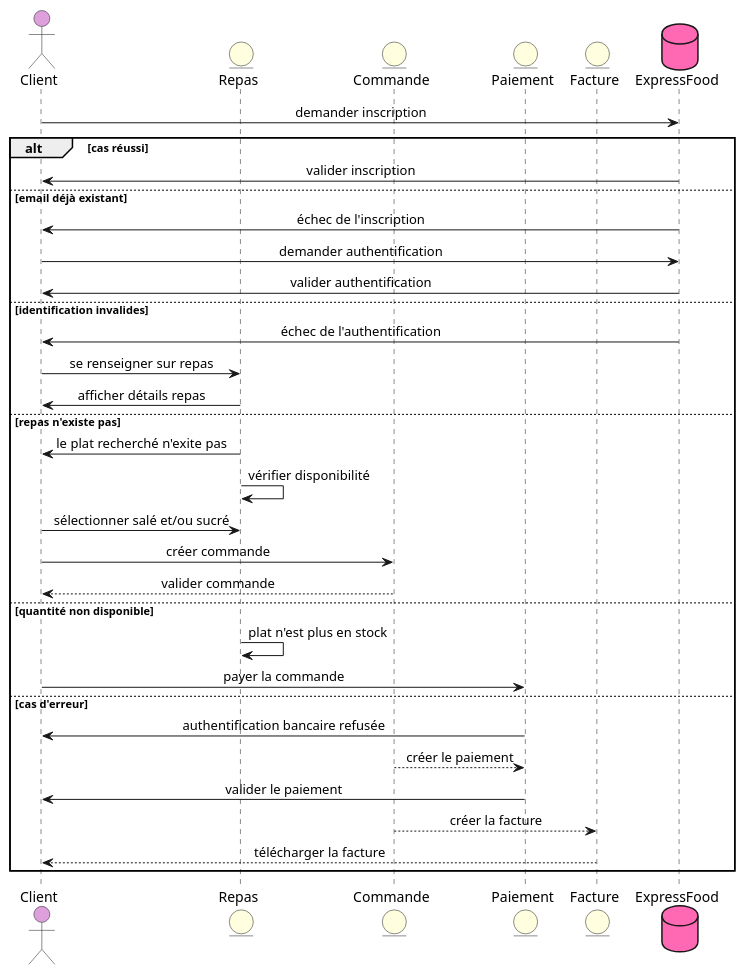
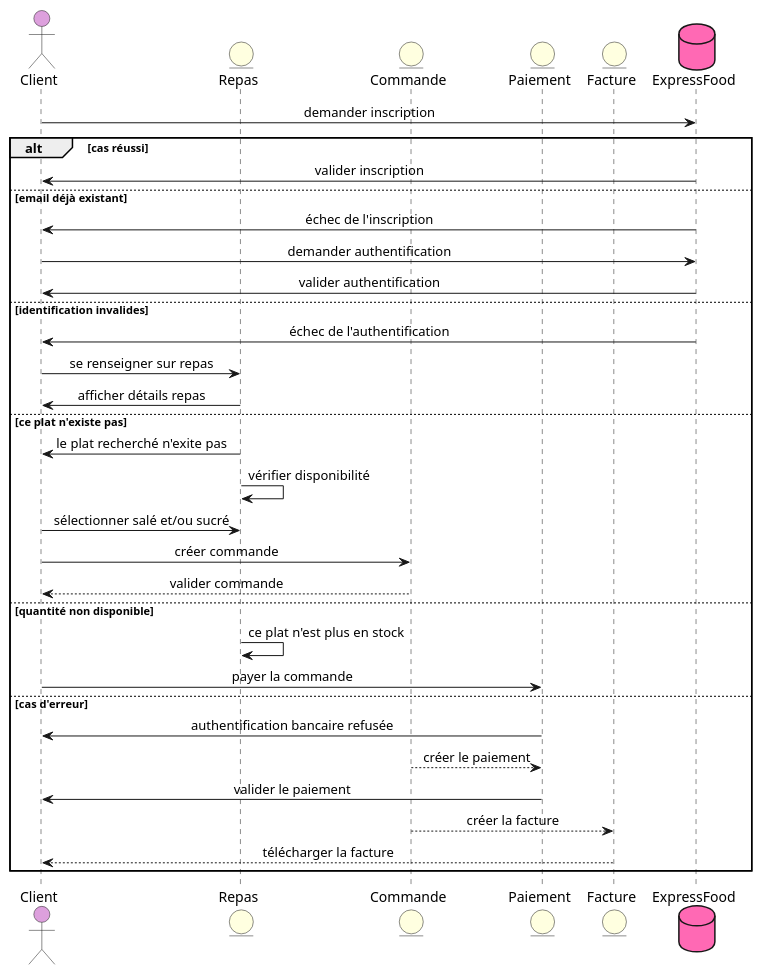
One commit to laurasullyalexandrine/expressfood changed the diagram in Sequence/ClientSequence.puml. Above: the diagram before and after it, drawn with PlantUML. The commit also changed 1 other file, not shown here.

Commit message:
add modifications on sequence client and apigeo

```diff
--- a/Sequence/ClientSequence.puml
+++ b/Sequence/ClientSequence.puml
@@ -1,50 +1,50 @@
 @startuml ClientSequence
 
 skinparam responseMessageBelowArrow true
 skinparam SequenceMessageAlignment center
 
 actor Client as Client #Plum
 
 entity Repas as Repas #LightYellow
 entity Commande as Commande #LightYellow
 entity Paiement as Paiement #LightYellow
 entity Facture as Facture #LightYellow
 
 database ExpressFood as ExpressFood #HotPink
 
 Client -> ExpressFood: demander inscription
 alt cas réussi
 ExpressFood -> Client: valider inscription
 else email déjà existant 
 ExpressFood -> Client: échec de l'inscription
 
 Client  -> ExpressFood: demander authentification 
 ExpressFood -> Client: valider authentification 
 else identification invalides
 ExpressFood -> Client: échec de l'authentification
 
 Client  -> Repas: se renseigner sur repas
 Repas  -> Client: afficher détails repas
-else repas n'existe pas 
+else ce plat n'existe pas 
 Repas  -> Client: le plat recherché n'exite pas
 
 Repas -> Repas: vérifier disponibilité
 
 Client -> Repas: sélectionner salé et/ou sucré
 Client -> Commande: créer commande
 Commande --> Client: valider commande
 else quantité non disponible 
-Repas -> Repas: plat n'est plus en stock
+Repas -> Repas: ce plat n'est plus en stock
 
 Client -> Paiement: payer la commande
 else cas d'erreur
 Paiement -> Client: authentification bancaire refusée
 
 Commande --> Paiement: créer le paiement
 Paiement -> Client: valider le paiement
 
 Commande --> Facture: créer la facture
 Facture --> Client: télécharger la facture
 
 end
 @enduml
```
